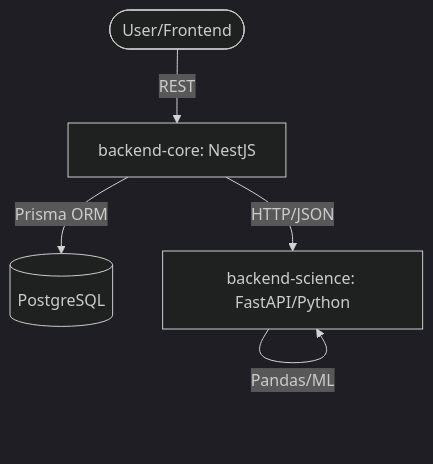
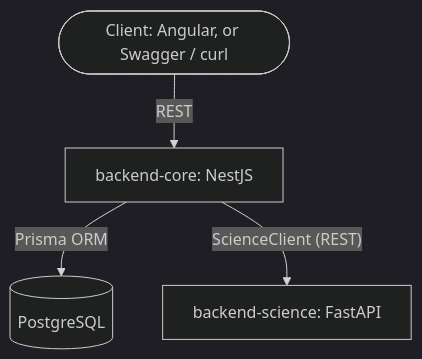
Before and after one commit to fabogit/finances-dashboard: the diagram in documents/architecture/overview.md, drawn with Mermaid (dark theme). The commit also changed other lines of this file and 1 other file, not shown here.

Commit message:
docs: rewrite architecture overview and science contract for v2

````diff
--- a/documents/architecture/overview.md
+++ b/documents/architecture/overview.md
@@ -11,7 +7,6 @@
 ```mermaid
 graph TD
-    User([User/Frontend]) -- REST --> Nest[backend-core: NestJS]
-    Nest -- Prisma ORM --> DB[(PostgreSQL)]
-    Nest -- HTTP/JSON --> Science[backend-science: FastAPI/Python]
-    Science -- Pandas/ML --> Science
+    Client([Client: Angular, or Swagger / curl]) -- REST --> Core[backend-core: NestJS]
+    Core -- Prisma ORM --> DB[(PostgreSQL)]
+    Core -- "ScienceClient (REST)" --> Science[backend-science: FastAPI]
 ```
````
